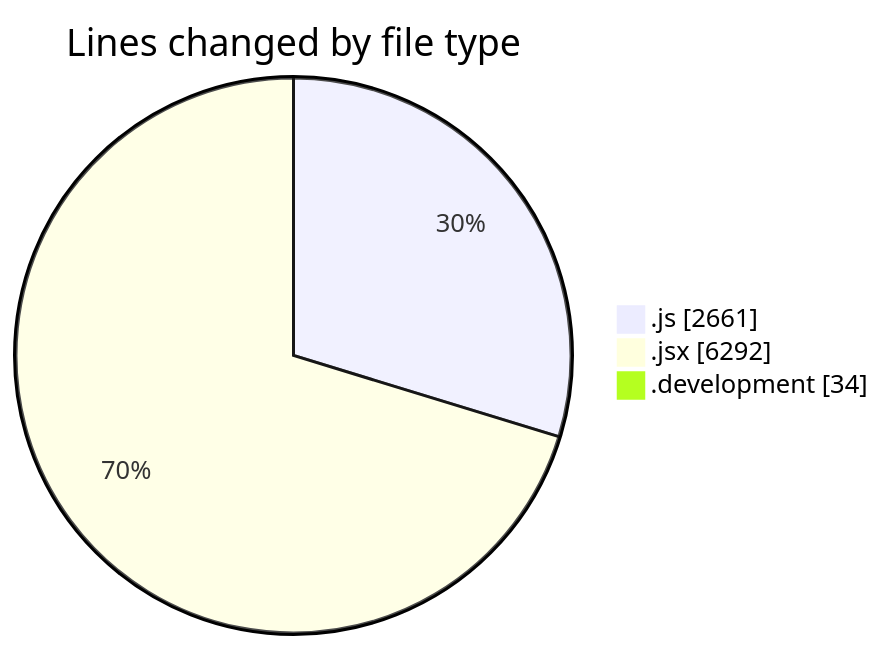
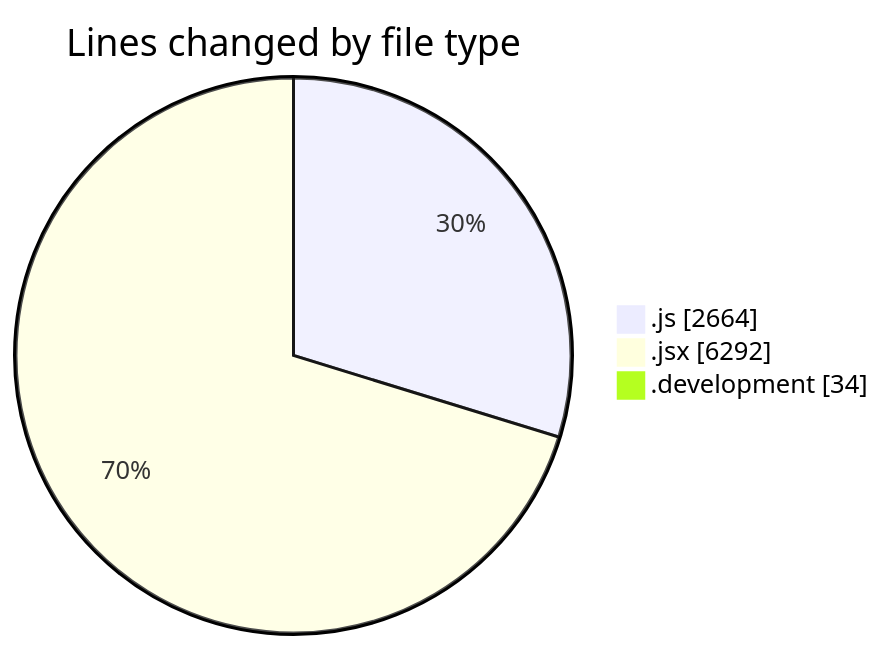
One commit to nxtqubesakshisongat/code-tracking changed the first of 2 diagrams in 2025-09-18/nxtqube_webapp/README.md. Above: the diagram before and after it, drawn with Mermaid. The commit also changed other lines of this file and 1 other file, not shown here.

````diff
--- a/2025-09-18/nxtqube_webapp/README.md
+++ b/2025-09-18/nxtqube_webapp/README.md
@@ -41,7 +41,7 @@
 ```mermaid
 pie showData
 title Lines changed by file type
-".js" : 2661
+".js" : 2664
 ".jsx" : 6292
 ".development" : 34
 ```
````
